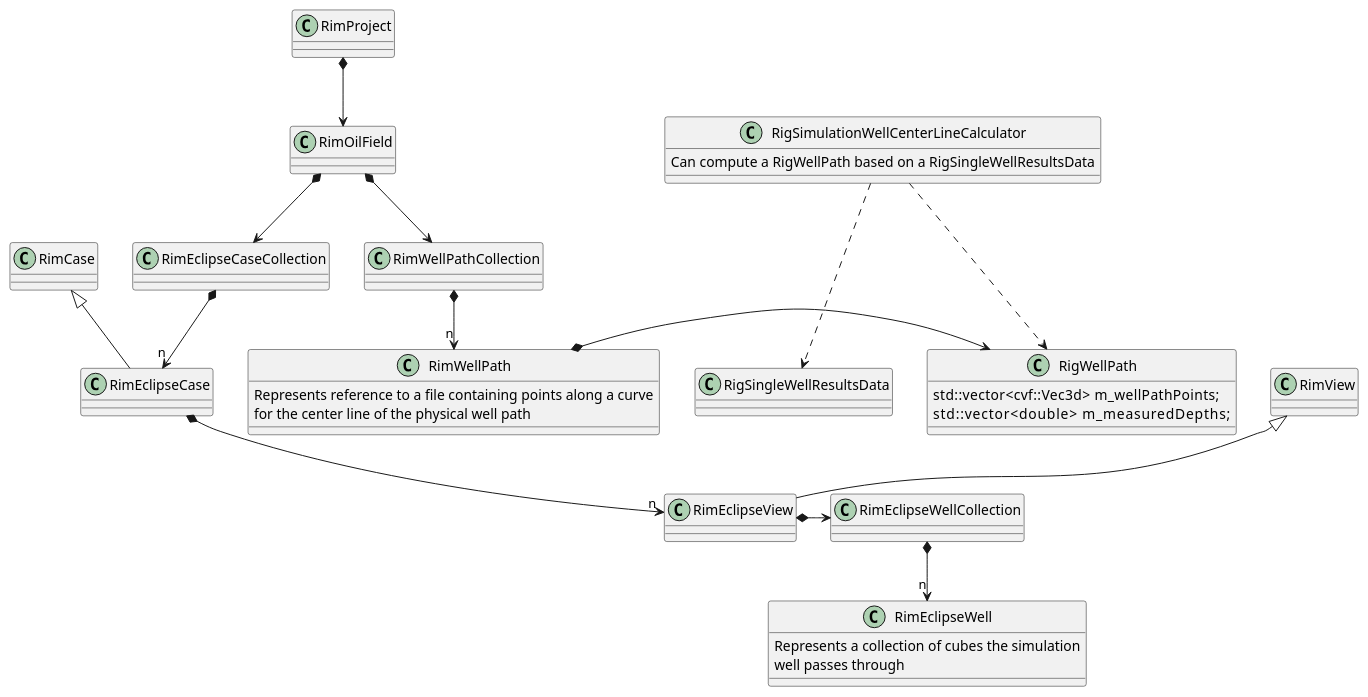
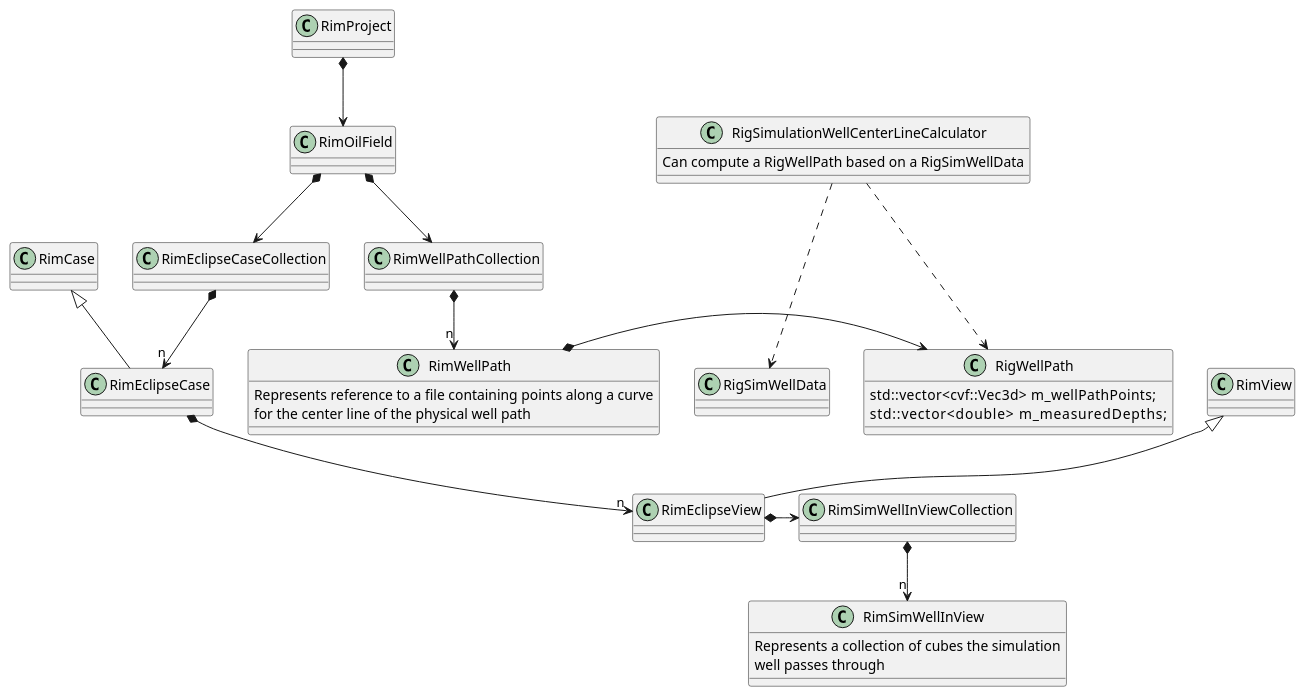
The diagram in doc/well_geometry_classes.plantuml (OPM/ResInsight), drawn with PlantUML before and after one commit.

Commit message:
#1996 Update doc based on rename

```diff
--- a/doc/well_geometry_classes.plantuml
+++ b/doc/well_geometry_classes.plantuml
@@ -1,54 +1,54 @@
 @startuml
 
 class RimView
 class RimOilField
 class RimEclipseCaseCollection
 class RimCase
 class RimWellPath
 class RimWellPathCollection
 
 RimProject *--> RimOilField
 
 RimOilField *--> RimWellPathCollection
 RimOilField *--> RimEclipseCaseCollection
 RimEclipseCaseCollection *--> "n" RimEclipseCase
 
 RimWellPathCollection *--> "n" RimWellPath
-RimEclipseWellCollection *--> "n" RimEclipseWell
+RimSimWellInViewCollection *--> "n" RimSimWellInView
 
 
 RimView <|-- RimEclipseView
 
 RimCase <|-- RimEclipseCase 
 
 RimEclipseCase *--> "n" RimEclipseView
 
-RimEclipseView *-> RimEclipseWellCollection
+RimEclipseView *-> RimSimWellInViewCollection
 
 
 
 class RigWellPath {
     std::vector<cvf::Vec3d>     m_wellPathPoints;
     std::vector<double>         m_measuredDepths;
 }
 
 class RimWellPath {
 	Represents reference to a file containing points along a curve
 	for the center line of the physical well path
 }
 RimWellPath *-> RigWellPath
 
 
-class RimEclipseWell {
+class RimSimWellInView {
 	Represents a collection of cubes the simulation
 	well passes through
 }
 
 class RigSimulationWellCenterLineCalculator {
-	Can compute a RigWellPath based on a RigSingleWellResultsData
+	Can compute a RigWellPath based on a RigSimWellData
 }
 
 RigSimulationWellCenterLineCalculator ...> RigWellPath
-RigSimulationWellCenterLineCalculator ...> RigSingleWellResultsData
+RigSimulationWellCenterLineCalculator ...> RigSimWellData
 
 @enduml
```
